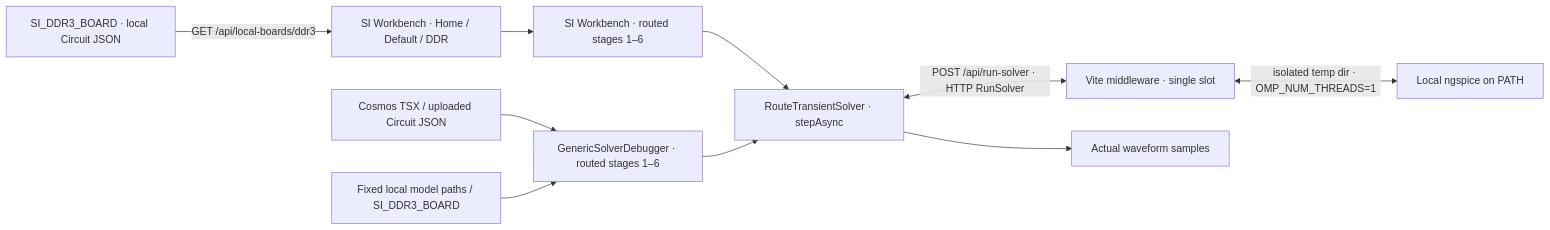
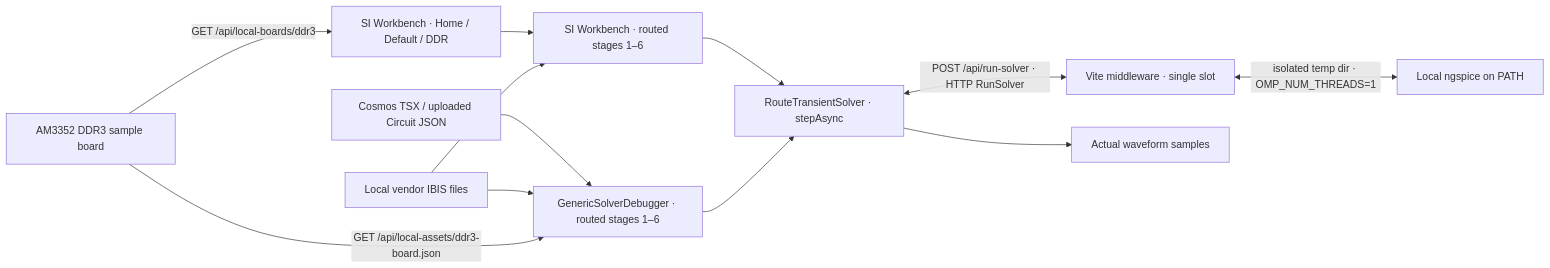
One commit to tscircuit/signal-integrity-pipeline changed the first of 6 diagrams in README.md. Above: the diagram before and after it, drawn with Mermaid. The commit also changed other lines of this file and 14 other files, not shown here.

Commit message:
Include the AM3352 DDR3 sample board in SI Workbench

````diff
--- a/README.md
+++ b/README.md
@@ -101,12 +100,14 @@
 ```mermaid
 flowchart LR
   fixture["Cosmos TSX / uploaded Circuit JSON"] --> debugger["GenericSolverDebugger · routed stages 1–6"]
-  assets["Fixed local model paths / SI_DDR3_BOARD"] --> debugger
+  assets["Local vendor IBIS files"] --> debugger
   start["SI Workbench · Home / Default / DDR"] --> workbench
-  boardFile["SI_DDR3_BOARD · local Circuit JSON"] -->|"GET /api/local-boards/ddr3"| start
+  boardFile["AM3352 DDR3 sample board"] -->|"GET /api/local-boards/ddr3"| start
+  boardFile -->|"GET /api/local-assets/ddr3-board.json"| debugger
+  assets --> workbench
   workbench["SI Workbench · routed stages 1–6"] --> transient
   debugger --> transient["RouteTransientSolver · stepAsync"]
   transient <-->|"POST /api/run-solver · HTTP RunSolver"| queue["Vite middleware · single slot"]
   queue <-->|"isolated temp dir · OMP_NUM_THREADS=1"| native["Local ngspice on PATH"]
   transient --> capture["Actual waveform samples"]
 ```
````
